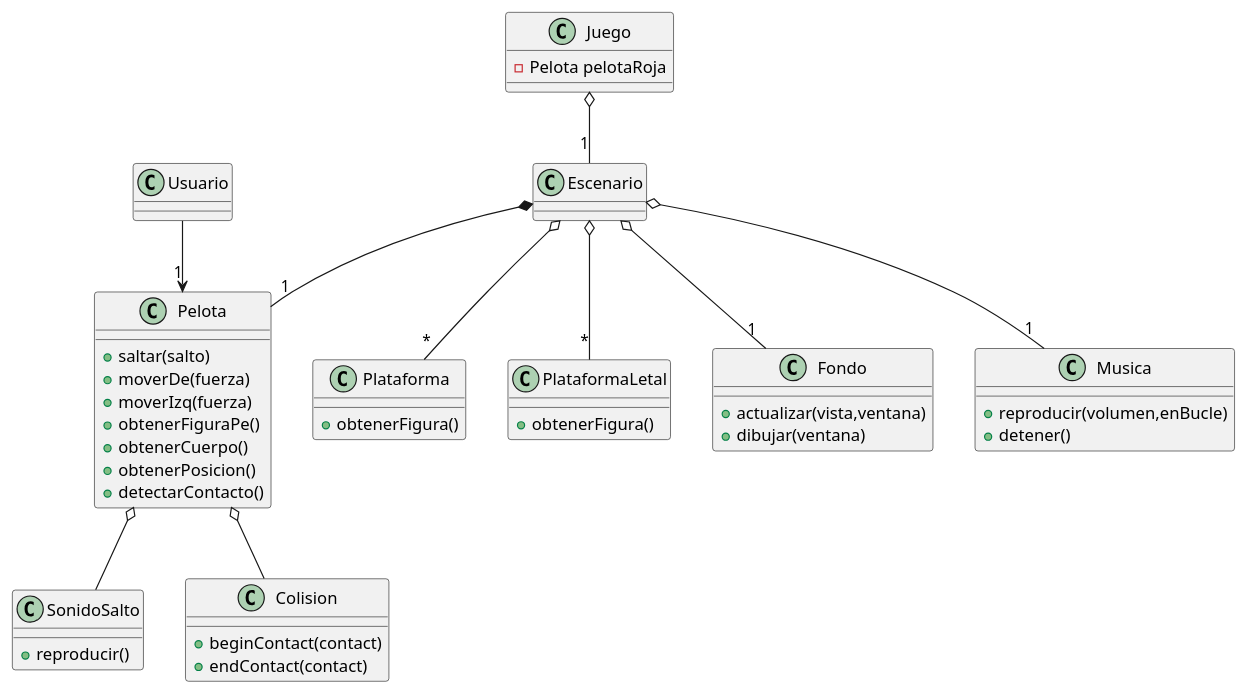
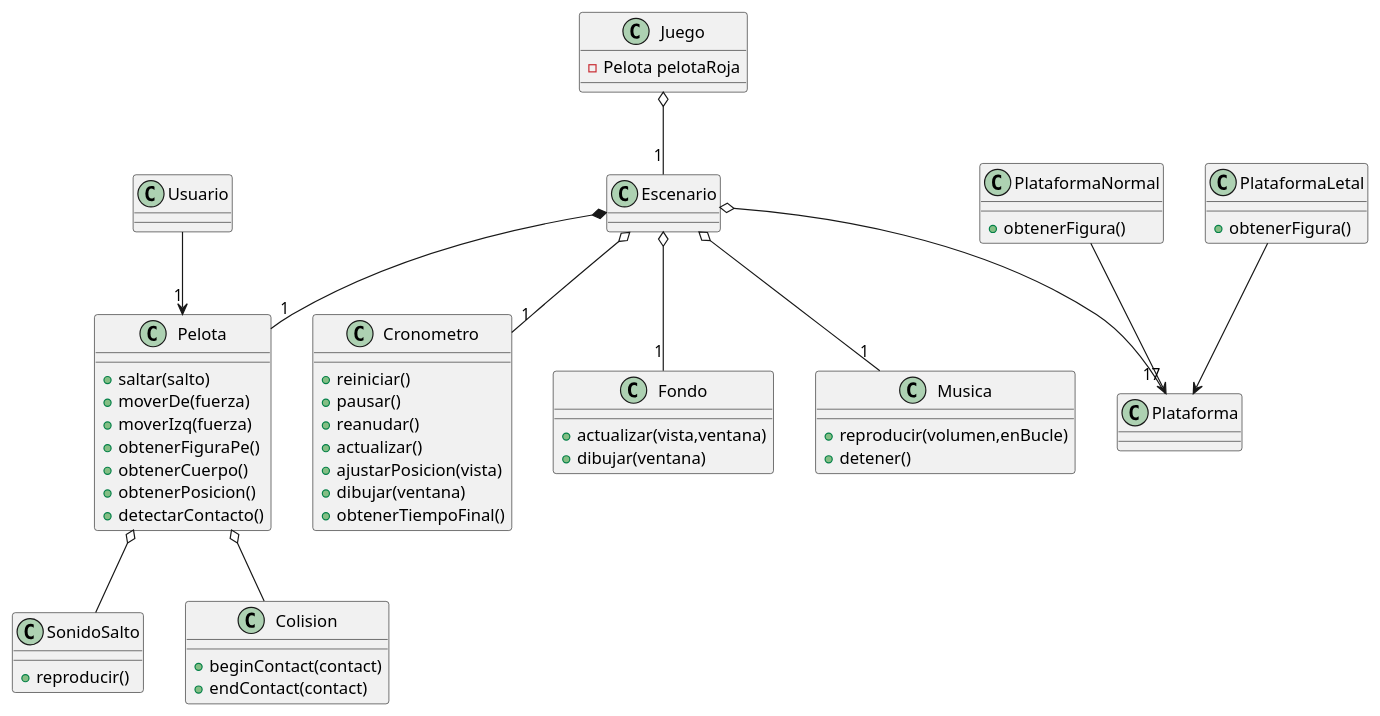
One commit to Ray24-blip/Juego-Aldito changed the diagram in docs/diagrama.puml. Above: the diagram before and after it, drawn with PlantUML. The commit also changed 12 other files, not shown here.

```diff
--- a/docs/diagrama.puml
+++ b/docs/diagrama.puml
@@ -1,52 +1,64 @@
 @startuml Pelota
 
 
 class Usuario
+class Cronometro{
+    +reiniciar()
+    +pausar()
+    +reanudar()
+    +actualizar()
+    +ajustarPosicion(vista)
+    +dibujar(ventana)
+    +obtenerTiempoFinal()
+}
 class Pelota{
     +saltar(salto)
     +moverDe(fuerza)
     +moverIzq(fuerza)
     +obtenerFiguraPe()
     +obtenerCuerpo()
     +obtenerPosicion()
     +detectarContacto()
 }
 class Juego{
 -Pelota pelotaRoja    
 }
 class Escenario
-class Plataforma{
+class Plataforma
+class PlataformaNormal{
     +obtenerFigura()
 
 }
 class PlataformaLetal{
     +obtenerFigura()
 
 }
 class Fondo{
     +actualizar(vista,ventana)
     +dibujar(ventana)
 }
 class Musica{
     +reproducir(volumen,enBucle)
     +detener()
 }
 class SonidoSalto{
     +reproducir()
 }
 class Colision{
     +beginContact(contact)
     +endContact(contact)
 }
 
 
 Juego o-- "1"Escenario
 Escenario *-- "1"Pelota
 Usuario --> "1"Pelota
-Escenario o-- "*"Plataforma
-Escenario o-- "*"PlataformaLetal
+PlataformaNormal -->Plataforma
+PlataformaLetal -->Plataforma
+Escenario o-- "1"Cronometro
+Escenario o-- "17"Plataforma
 Escenario o-- "1"Musica
 Pelota o-- SonidoSalto
 Pelota o-- Colision
 Escenario o-- "1"Fondo
 @enduml
```
